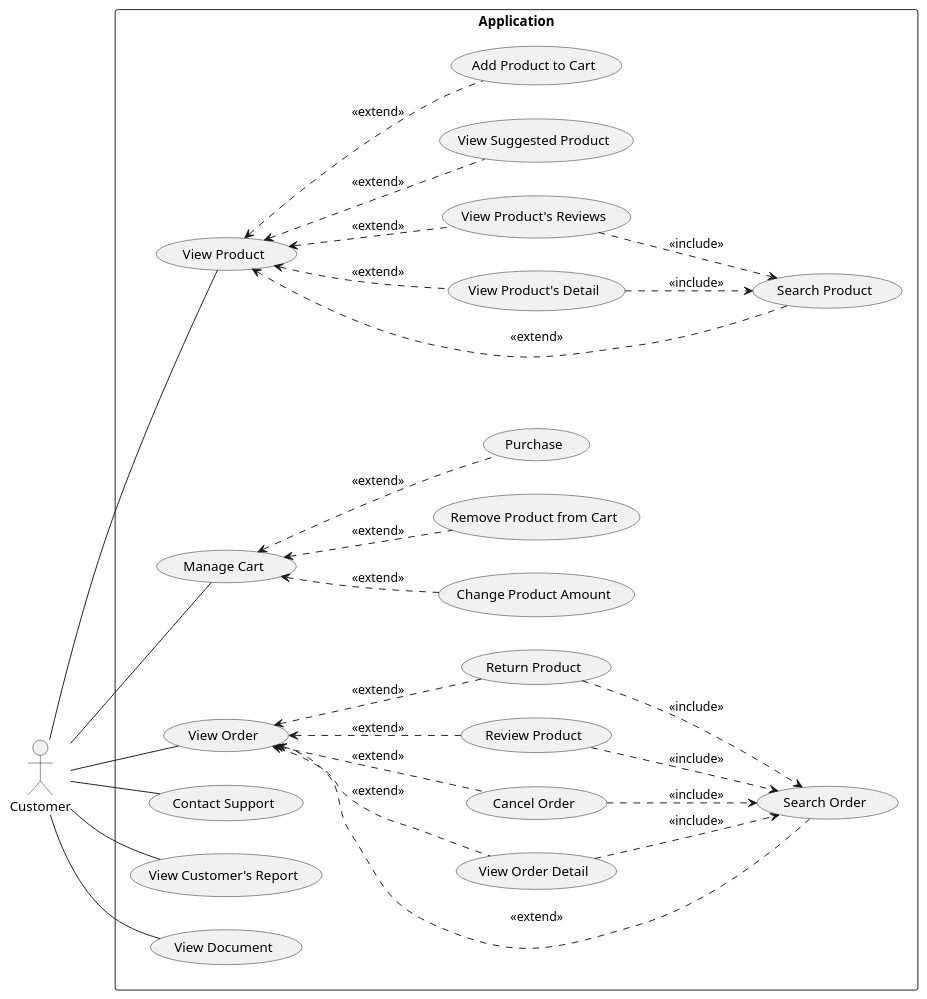
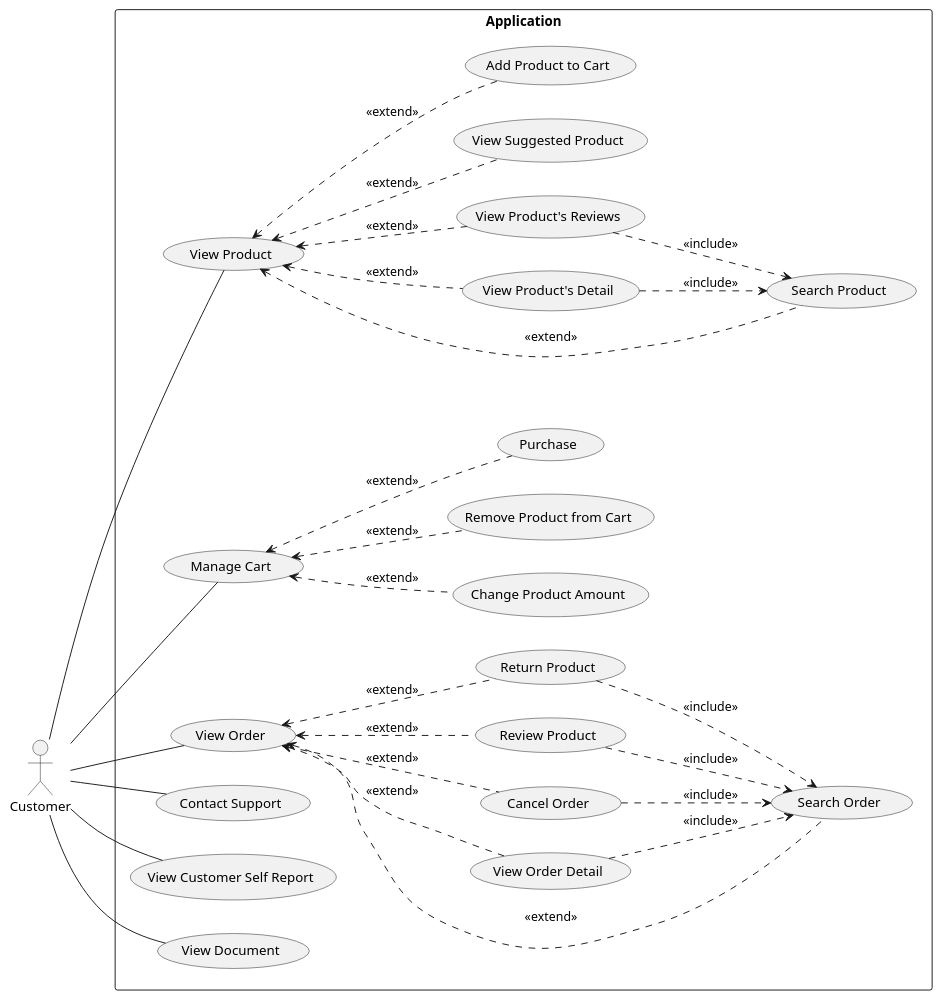
The diagram in docs/docs/use-case/customer.md (electricilies/electricilies.github.io), drawn with PlantUML before and after one commit. The commit also changed 9 other files, not shown here.

````diff
--- a/docs/docs/use-case/customer.md
+++ b/docs/docs/use-case/customer.md
@@ -3,56 +3,56 @@
 ```plantuml
 @startuml
 left to right direction
 actor Customer
 
 rectangle "Application" {
   usecase UC01 as "View Product"
   usecase UC02 as "Search Product"
   usecase UC03 as "View Product's Detail"
   usecase UC04 as "View Product's Reviews"
   usecase UC05 as "View Suggested Product"
   usecase UC06 as "Add Product to Cart"
   usecase UC07 as "Manage Cart"
   usecase UC08 as "Change Product Amount"
   usecase UC09 as "Remove Product from Cart"
   usecase UC10 as "Purchase"
   usecase UC11 as "View Order"
   usecase UC12 as "Search Order"
   usecase UC13 as "View Order Detail"
   usecase UC14 as "Cancel Order"
   usecase UC15 as "Review Product"
   usecase UC16 as "Return Product"
   usecase UC17 as "Contact Support"
-  usecase UC18 as "View Customer's Report"
+  usecase UC18 as "View Customer Self Report"
   usecase UC19 as "View Document"
 }
 
 Customer -- UC01
 Customer -- UC07
 Customer -- UC11
 Customer -- UC17
 Customer -- UC18
 Customer -- UC19
 
 UC01 <.. UC02 : <<extend>>
 UC01 <.. UC03 : <<extend>>
 UC01 <.. UC04 : <<extend>>
 UC01 <.. UC05 : <<extend>>
 UC01 <.. UC06 : <<extend>>
 UC03 ..> UC02 : <<include>>
 UC04 ..> UC02 : <<include>>
 UC07 <.. UC08 : <<extend>>
 UC07 <.. UC09 : <<extend>>
 UC07 <.. UC10 : <<extend>>
 UC11 <.. UC12 : <<extend>>
 UC11 <.. UC13 : <<extend>>
 UC11 <.. UC14 : <<extend>>
 UC11 <.. UC15 : <<extend>>
 UC11 <.. UC16 : <<extend>>
 UC13 ..> UC12 : <<include>>
 UC14 ..> UC12 : <<include>>
 UC15 ..> UC12 : <<include>>
 UC16 ..> UC12 : <<include>>
 
 @enduml
 ```
````
